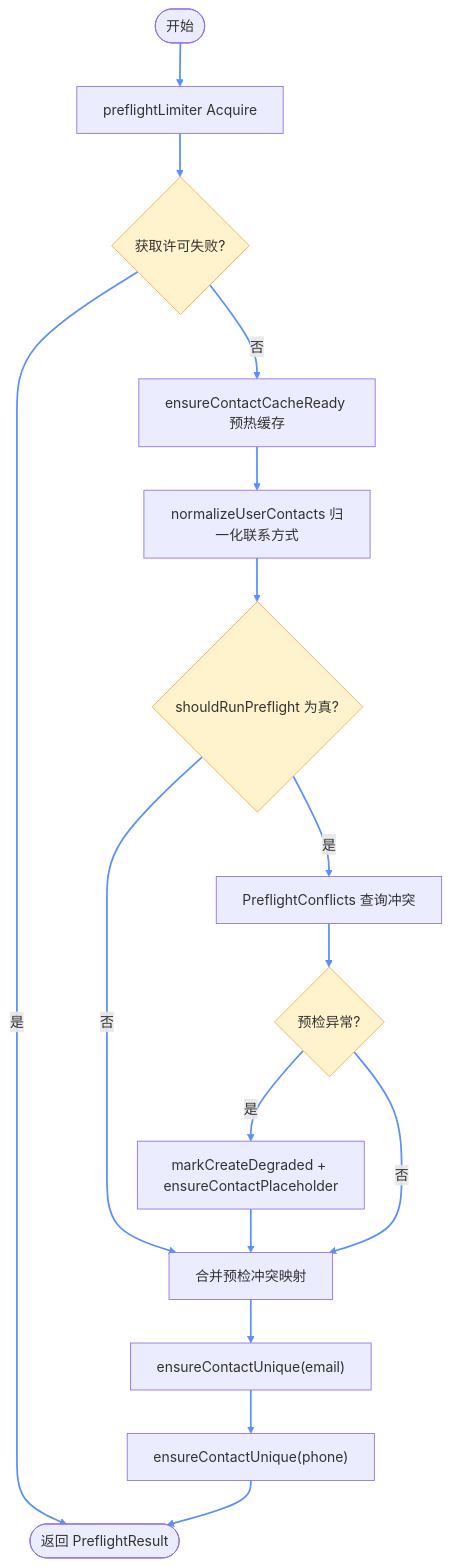
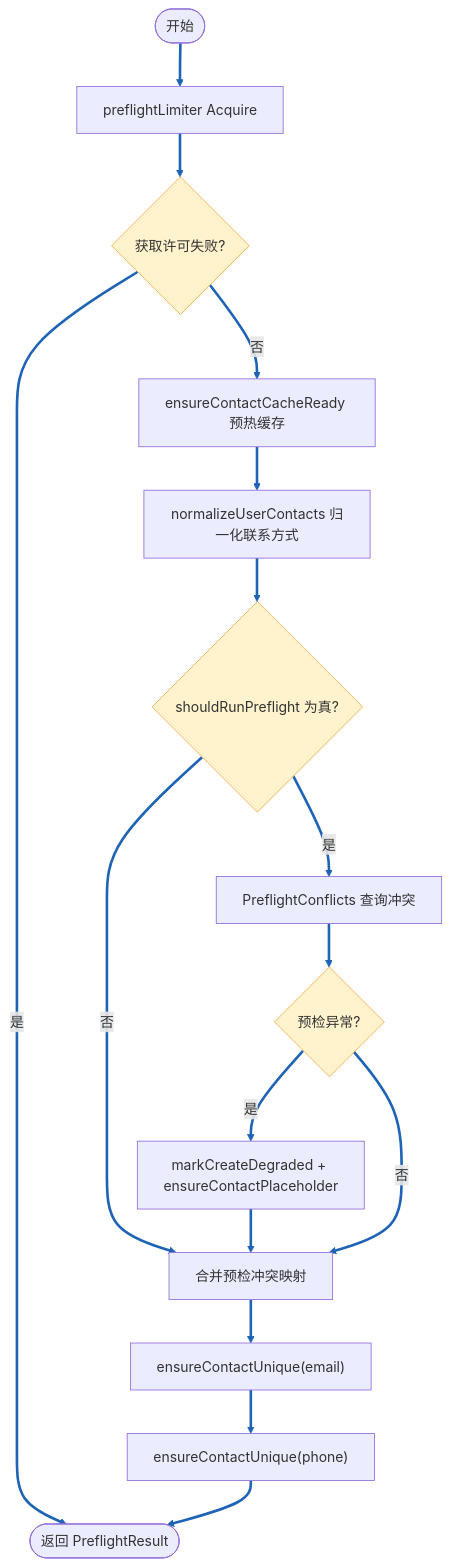
Before and after one commit to maxiaolu197102/cdmp-mini: the fourth of 11 diagrams in doc/create_api_analysis.md, drawn with Mermaid. The commit also changed other lines of this file and 32 other files, not shown here.

````diff
--- a/doc/create_api_analysis.md
+++ b/doc/create_api_analysis.md
@@ -175,29 +242,30 @@
 ```mermaid
+%%{init: {'themeVariables': {'lineColor': '#1E63B5', 'flowchartLinkColor': '#1E63B5', 'lineWidth': 3}}}%%
 flowchart TD
     Start([开始])
     AcquireLimiter["preflightLimiter Acquire"]
     LimiterFail{"获取许可失败?"}
     Warmup["ensureContactCacheReady 预热缓存"]
     NormalizeContacts["normalizeUserContacts 归一化联系方式"]
     ShouldPreflight{"shouldRunPreflight 为真?"}
     RunPreflight["PreflightConflicts 查询冲突"]
     PreflightErr{"预检异常?"}
     DegradePreflight["markCreateDegraded + ensureContactPlaceholder"]
     BuildConflicts["合并预检冲突映射"]
     EmailCheck["ensureContactUnique(email)"]
     PhoneCheck["ensureContactUnique(phone)"]
     Done([返回 PreflightResult])
 
     Start --> AcquireLimiter --> LimiterFail
     LimiterFail -- 是 --> Done
     LimiterFail -- 否 --> Warmup --> NormalizeContacts --> ShouldPreflight
     ShouldPreflight -- 否 --> BuildConflicts
     ShouldPreflight -- 是 --> RunPreflight --> PreflightErr
     PreflightErr -- 是 --> DegradePreflight --> BuildConflicts
     PreflightErr -- 否 --> BuildConflicts
     BuildConflicts --> EmailCheck --> PhoneCheck --> Done
 
-    linkStyle default stroke:#5B8FF9,stroke-width:2px
+    linkStyle default stroke:#1E63B5,stroke-width:3px
     classDef decision fill:#fff3cd,stroke:#f0ad4e,stroke-width:1px
     class LimiterFail,ShouldPreflight,PreflightErr decision
 ```
````
